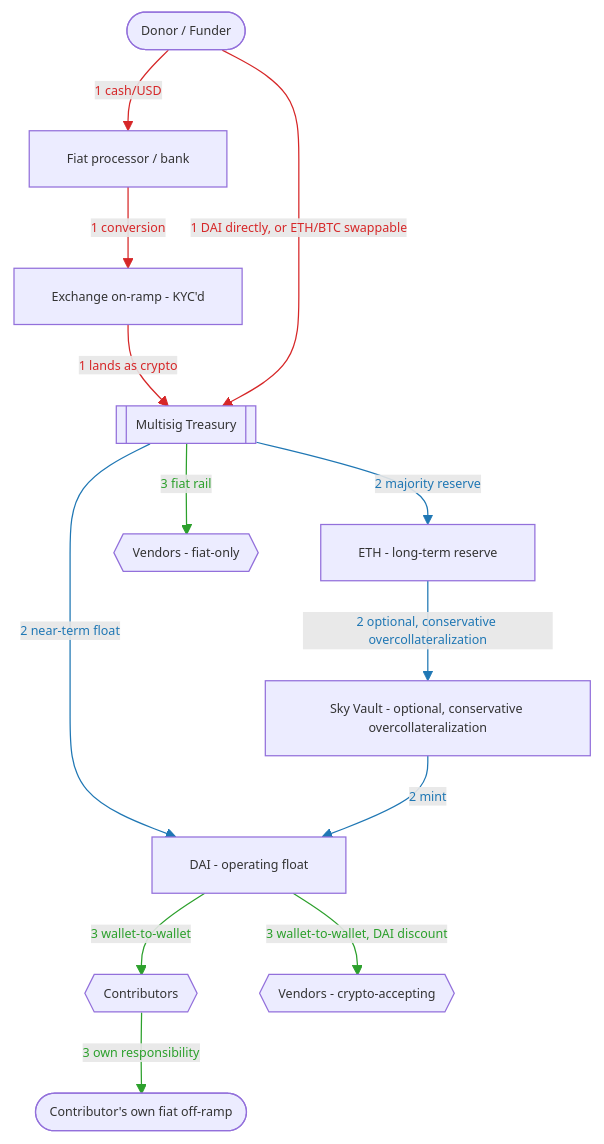
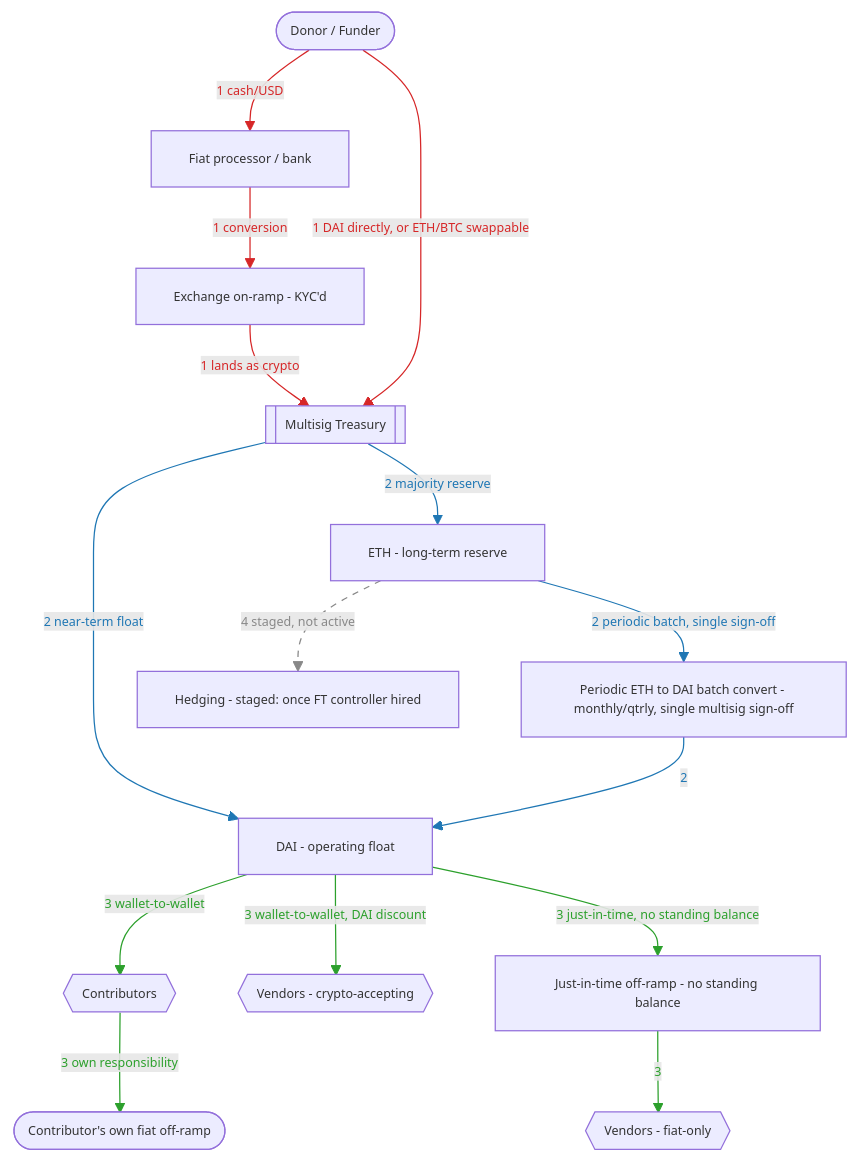
Before and after one commit to doikayt/admin: the third of 4 diagrams in governance/commons-hub-pattern.md, drawn with Mermaid.

Commit message:
docs: revise financial flow diagram - drop Vault, add batch convert and staged hedging
Replaces Vault-based DAI minting with the periodic (monthly/qtrly)
ETH->DAI batch-convert strategy actually being adopted - fewer
multisig ceremonies, fewer taxable disposal events. Splits the
vendor-fiat path into a just-in-time off-ramp with no standing USD
balance, avoiding blanket-freeze exposure. Adds hedging as a
dashed/staged future node, not part of the active flow.

````diff
--- a/governance/commons-hub-pattern.md
+++ b/governance/commons-hub-pattern.md
@@ -880,34 +880,40 @@
 ```mermaid
 %%{init: {"themeVariables": {"fontSize": "10px"}}}%%
 flowchart TD
     Donor([Donor / Funder])
     FiatRail[Fiat processor / bank]
     OnRamp[Exchange on-ramp - KYC'd]
     Treasury[[Multisig Treasury]]
+    BatchConvert[Periodic ETH to DAI batch convert - monthly/qtrly, single multisig sign-off]
     DAIFloat[DAI - operating float]
     ETHReserve[ETH - long-term reserve]
-    Vault[Sky Vault - optional, conservative overcollateralization]
     Contributors{{Contributors}}
     ContribOfframp([Contributor's own fiat off-ramp])
     VendorsCrypto{{Vendors - crypto-accepting}}
+    OffRampJIT[Just-in-time off-ramp - no standing balance]
     VendorsFiat{{Vendors - fiat-only}}
+    Hedge[Hedging - staged: once FT controller hired]
 
     Donor -- "1 cash/USD" --> FiatRail
     FiatRail -- "1 conversion" --> OnRamp
     OnRamp -- "1 lands as crypto" --> Treasury
     Donor -- "1 DAI directly, or ETH/BTC swappable" --> Treasury
 
     Treasury -- "2 near-term float" --> DAIFloat
     Treasury -- "2 majority reserve" --> ETHReserve
-    ETHReserve -- "2 optional, conservative overcollateralization" --> Vault
-    Vault -- "2 mint" --> DAIFloat
+    ETHReserve -- "2 periodic batch, single sign-off" --> BatchConvert
+    BatchConvert -- "2" --> DAIFloat
 
     DAIFloat -- "3 wallet-to-wallet" --> Contributors
     Contributors -- "3 own responsibility" --> ContribOfframp
     DAIFloat -- "3 wallet-to-wallet, DAI discount" --> VendorsCrypto
-    Treasury -- "3 fiat rail" --> VendorsFiat
+    DAIFloat -- "3 just-in-time, no standing balance" --> OffRampJIT
+    OffRampJIT -- "3" --> VendorsFiat
+
+    ETHReserve -.->|"4 staged, not active"| Hedge
 
     linkStyle 0,1,2,3 stroke:#d62728,color:#d62728
     linkStyle 4,5,6,7 stroke:#1f77b4,color:#1f77b4
-    linkStyle 8,9,10,11 stroke:#2ca02c,color:#2ca02c
+    linkStyle 8,9,10,11,12 stroke:#2ca02c,color:#2ca02c
+    linkStyle 13 stroke:#888888,color:#888888,stroke-dasharray: 5 5
 ```
````
